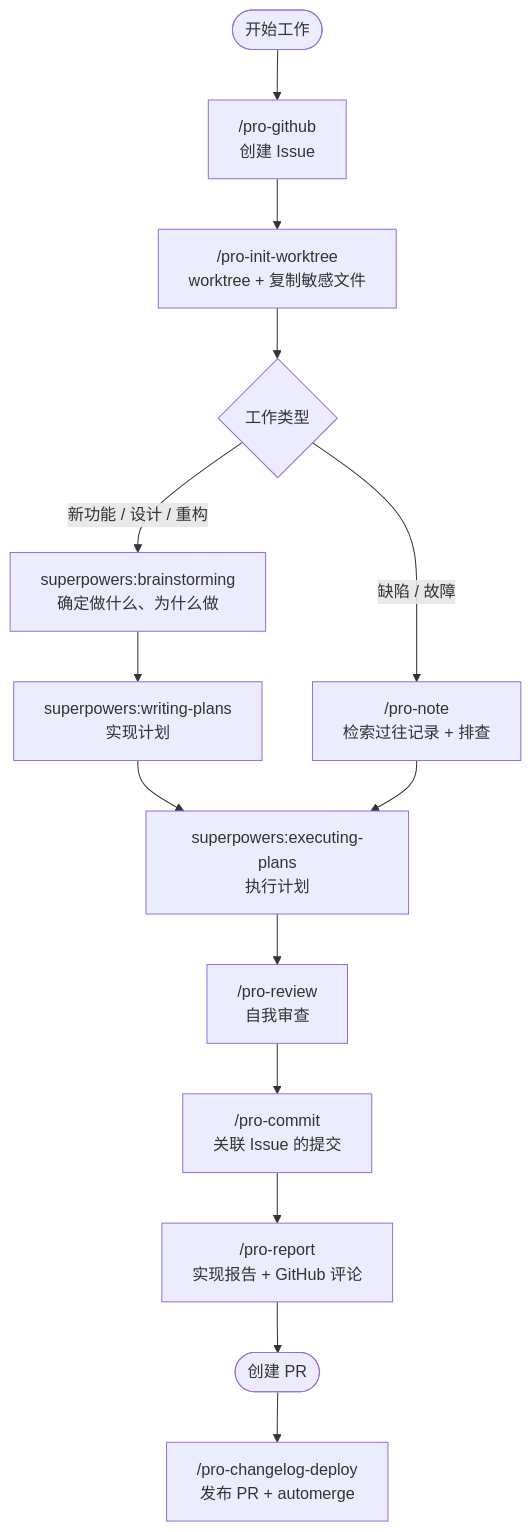
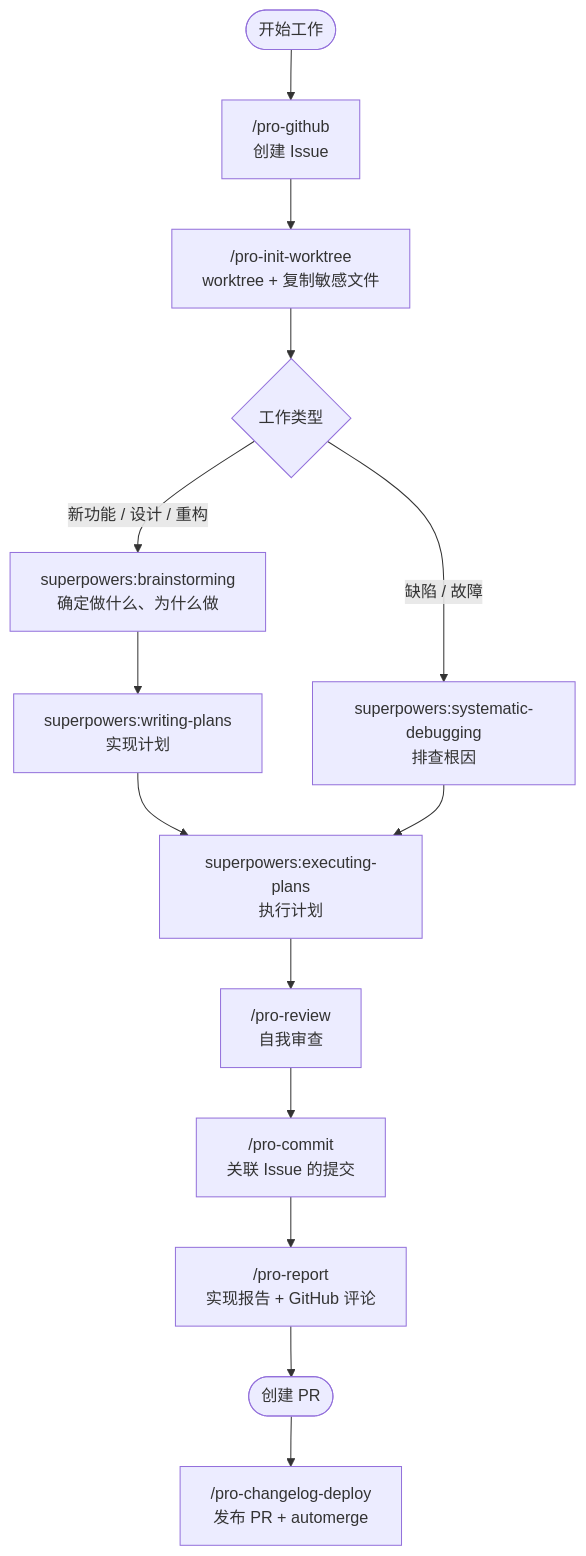
Before and after one commit to Cassiiopeia/projectops: the first of 2 diagrams in docs/i18n/README.zh-CN.md, drawn with Mermaid. The commit also changed other lines of this file and 51 other files, not shown here.

````diff
--- a/docs/i18n/README.zh-CN.md
+++ b/docs/i18n/README.zh-CN.md
@@ -154,18 +152,18 @@
 ```mermaid
 flowchart TD
     A(["开始工作"]) --> B["/pro-github<br/>创建 Issue"]
     B --> C["/pro-init-worktree<br/>worktree + 复制敏感文件"]
     C --> D{"工作类型"}
 
     D -->|新功能 / 设计 / 重构| E1["superpowers:brainstorming<br/>确定做什么、为什么做"]
-    D -->|缺陷 / 故障| E2["/pro-note<br/>检索过往记录 + 排查"]
+    D -->|缺陷 / 故障| E2["superpowers:systematic-debugging<br/>排查根因"]
 
     E1 --> P["superpowers:writing-plans<br/>实现计划"]
     P --> F["superpowers:executing-plans<br/>执行计划"]
     E2 --> F
     F --> H["/pro-review<br/>自我审查"]
     H --> I["/pro-commit<br/>关联 Issue 的提交"]
     I --> J["/pro-report<br/>实现报告 + GitHub 评论"]
     J --> K(["创建 PR"])
     K --> L["/pro-changelog-deploy<br/>发布 PR + automerge"]
 ```
````
